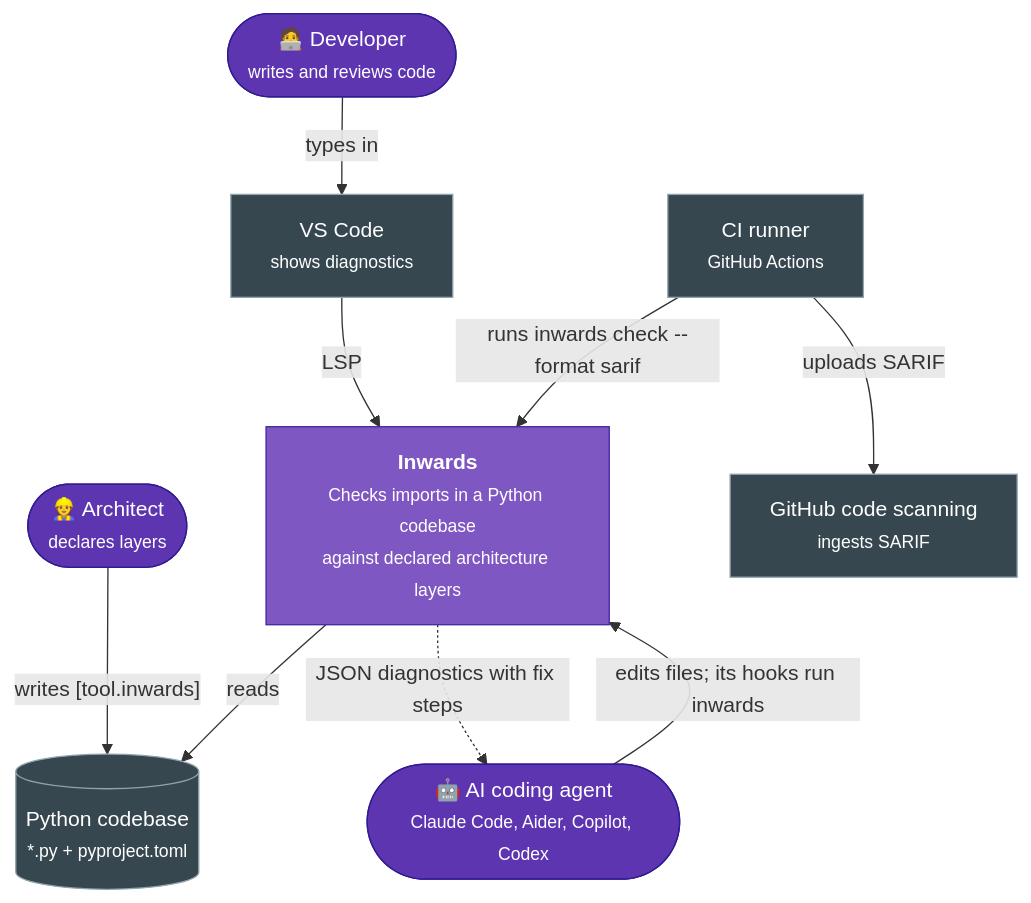
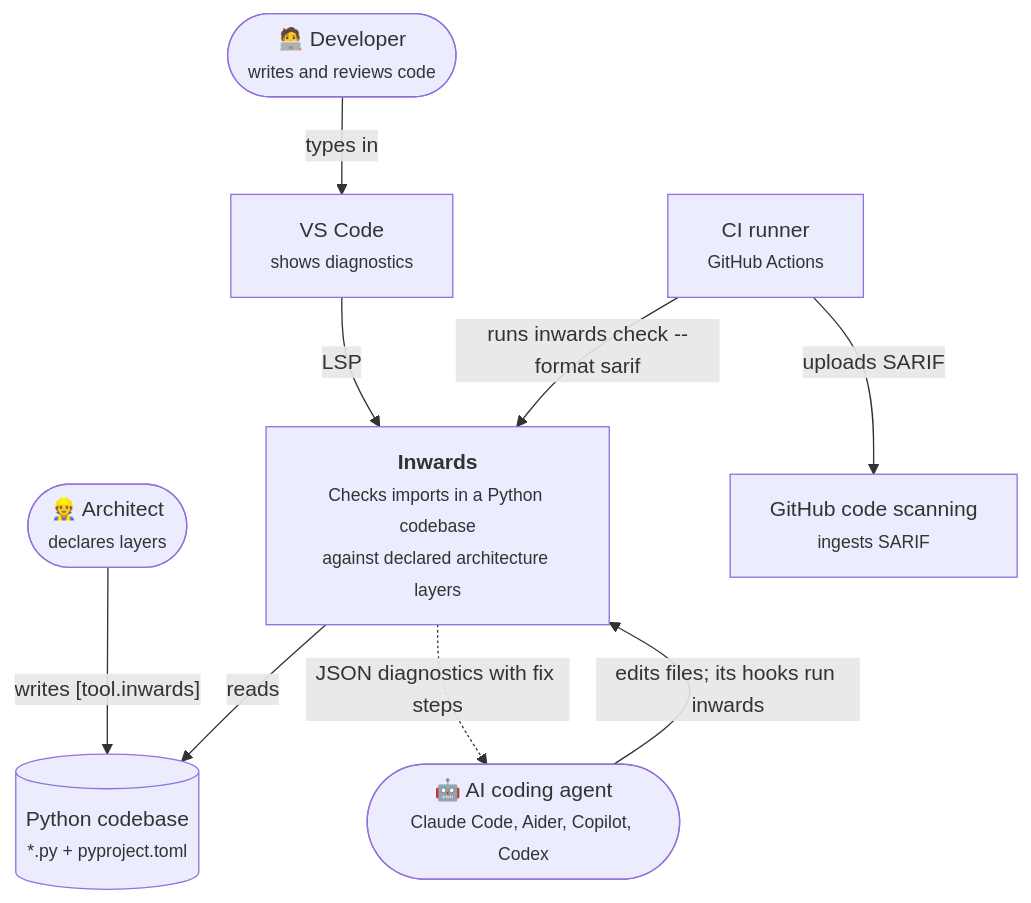
Before and after one commit to SirCypkowskyy/inwards: the first of 6 diagrams in docs/chapters/03-Architecture-C4.md, drawn with Mermaid. The commit also changed other lines of this file, not shown here.

````diff
--- a/docs/chapters/03-Architecture-C4.md
+++ b/docs/chapters/03-Architecture-C4.md
@@ -12,29 +12,23 @@
 ```mermaid
 flowchart TB
     architect(["👷 Architect<br/><small>declares layers</small>"])
     dev(["🧑‍💻 Developer<br/><small>writes and reviews code</small>"])
     agent(["🤖 AI coding agent<br/><small>Claude Code, Aider, Copilot, Codex</small>"])
 
     inwards["<b>Inwards</b><br/><small>Checks imports in a Python codebase<br/>against declared architecture layers</small>"]
 
     repo[("Python codebase<br/><small>*.py + pyproject.toml</small>")]
     editor["VS Code<br/><small>shows diagnostics</small>"]
     ci["CI runner<br/><small>GitHub Actions</small>"]
     scanning["GitHub code scanning<br/><small>ingests SARIF</small>"]
 
     architect -- "writes [tool.inwards]" --> repo
     agent -- "edits files; its hooks run inwards" --> inwards
     dev -- "types in" --> editor
     editor -- "LSP" --> inwards
     ci -- "runs inwards check --format sarif" --> inwards
     inwards -- "reads" --> repo
     ci -- "uploads SARIF" --> scanning
     inwards -. "JSON diagnostics with fix steps" .-> agent
 
-    classDef person fill:#5e35b1,color:#fff,stroke:#311b92
-    classDef system fill:#7e57c2,color:#fff,stroke:#4527a0
-    classDef ext fill:#37474f,color:#fff,stroke:#90a4ae
-    class architect,dev,agent person
-    class inwards system
-    class repo,editor,ci,scanning ext
 ```
````
